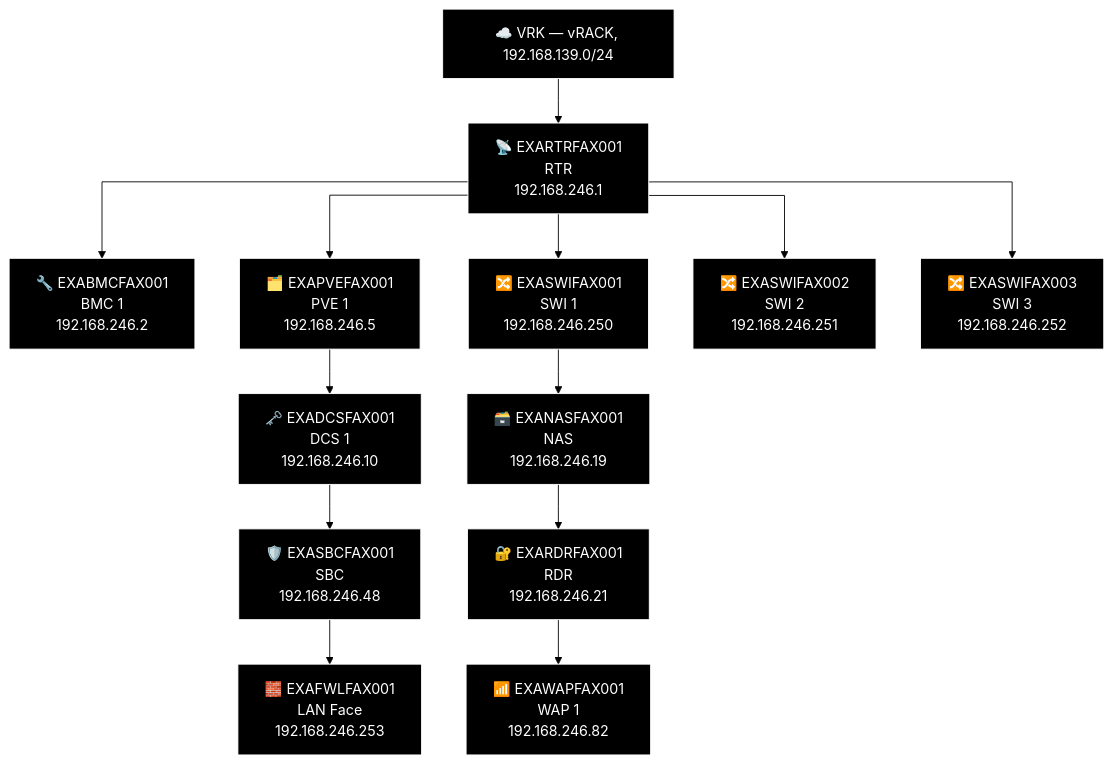
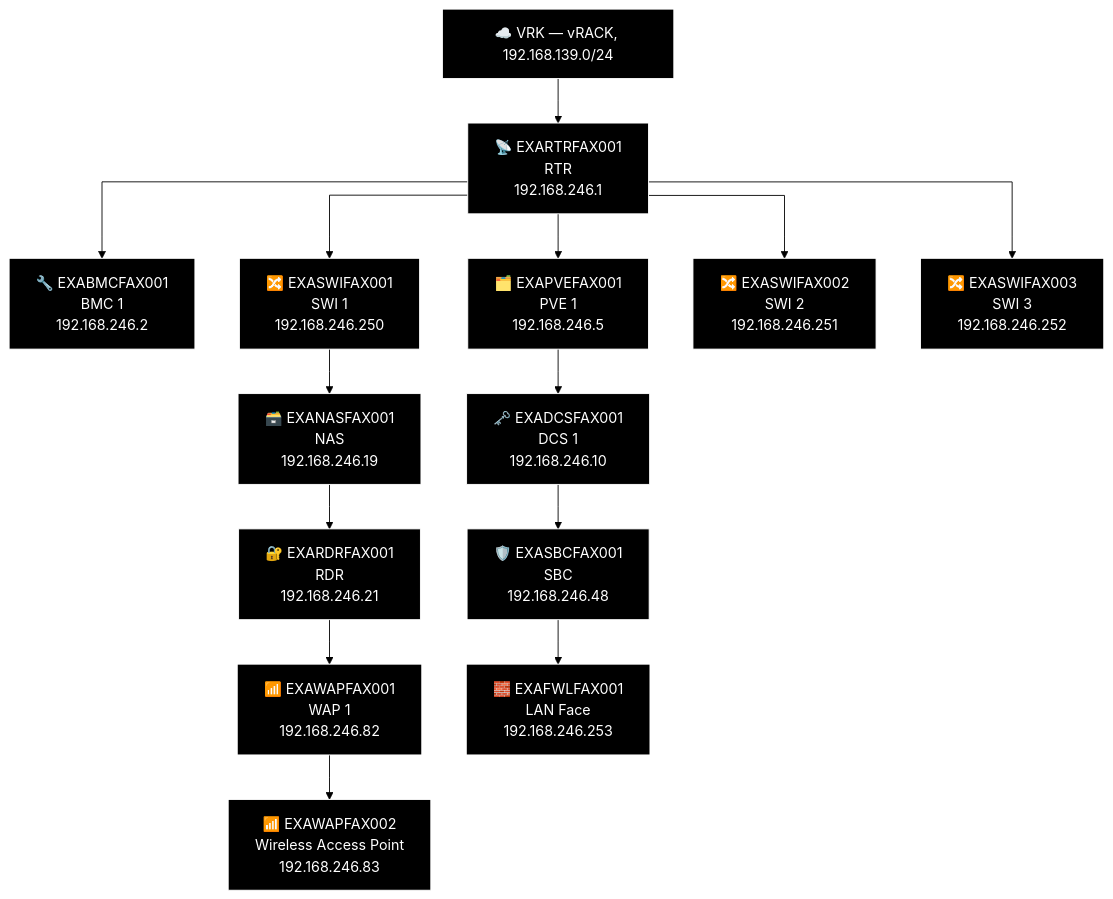
Before and after one commit to knightmare2600/example_music_infra: diagram 11 of 23 in docs/network-diagram/danmark.md, drawn with Mermaid (forest theme). The commit also changed other lines of this file and 25 other files, not shown here.

````diff
--- a/docs/network-diagram/danmark.md
+++ b/docs/network-diagram/danmark.md
@@ -522,40 +528,42 @@
 ```mermaid
 %% GENERATED:TOPOLOGY:FAX:START
 %%{init: {'flowchart': {'curve': 'stepAfter'}}}%%
 graph TD
     T_VRK["☁️ VRK — vRACK, 192.168.139.0/24"]
     T_RTR["📡 EXARTRFAX001<br/>RTR<br/>192.168.246.1"]
     T_VRK --> T_RTR
     T_BMC["🔧 EXABMCFAX001<br/>BMC 1<br/>192.168.246.2"]
     T_RTR --> T_BMC
     T_PVE["🗂️ EXAPVEFAX001<br/>PVE 1<br/>192.168.246.5"]
     T_RTR --> T_PVE
     T_SWI["🔀 EXASWIFAX001<br/>SWI 1<br/>192.168.246.250"]
     T_RTR --> T_SWI
     T_SWI2["🔀 EXASWIFAX002<br/>SWI 2<br/>192.168.246.251"]
     T_RTR --> T_SWI2
     T_SWI3["🔀 EXASWIFAX003<br/>SWI 3<br/>192.168.246.252"]
     T_RTR --> T_SWI3
     T_NAS["🗃️ EXANASFAX001<br/>NAS<br/>192.168.246.19"]
     T_RDR["🔐 EXARDRFAX001<br/>RDR<br/>192.168.246.21"]
     T_WAP["📶 EXAWAPFAX001<br/>WAP 1<br/>192.168.246.82"]
-    T_SWI --> T_NAS --> T_RDR --> T_WAP
+    T_WAP2["📶 EXAWAPFAX002<br/>Wireless Access Point<br/>192.168.246.83"]
+    T_SWI --> T_NAS --> T_RDR --> T_WAP --> T_WAP2
     T_DCS["🗝️ EXADCSFAX001<br/>DCS 1<br/>192.168.246.10"]
     T_SBC["🛡️ EXASBCFAX001<br/>SBC<br/>192.168.246.48"]
     T_FWL["🧱 EXAFWLFAX001<br/>LAN Face<br/>192.168.246.253"]
     T_PVE --> T_DCS --> T_SBC --> T_FWL
     style T_VRK fill:#000000,stroke:#FFFFFF,color:#FFFFFF
     style T_RTR fill:#000000,stroke:#FFFFFF,color:#FFFFFF
     style T_BMC fill:#000000,stroke:#FFFFFF,color:#FFFFFF
     style T_PVE fill:#000000,stroke:#FFFFFF,color:#FFFFFF
     style T_SWI fill:#000000,stroke:#FFFFFF,color:#FFFFFF
     style T_SWI2 fill:#000000,stroke:#FFFFFF,color:#FFFFFF
     style T_SWI3 fill:#000000,stroke:#FFFFFF,color:#FFFFFF
     style T_NAS fill:#000000,stroke:#FFFFFF,color:#FFFFFF
     style T_RDR fill:#000000,stroke:#FFFFFF,color:#FFFFFF
     style T_WAP fill:#000000,stroke:#FFFFFF,color:#FFFFFF
+    style T_WAP2 fill:#000000,stroke:#FFFFFF,color:#FFFFFF
     style T_DCS fill:#000000,stroke:#FFFFFF,color:#FFFFFF
     style T_SBC fill:#000000,stroke:#FFFFFF,color:#FFFFFF
     style T_FWL fill:#000000,stroke:#FFFFFF,color:#FFFFFF
 %% GENERATED:TOPOLOGY:FAX:END
 ```
````
